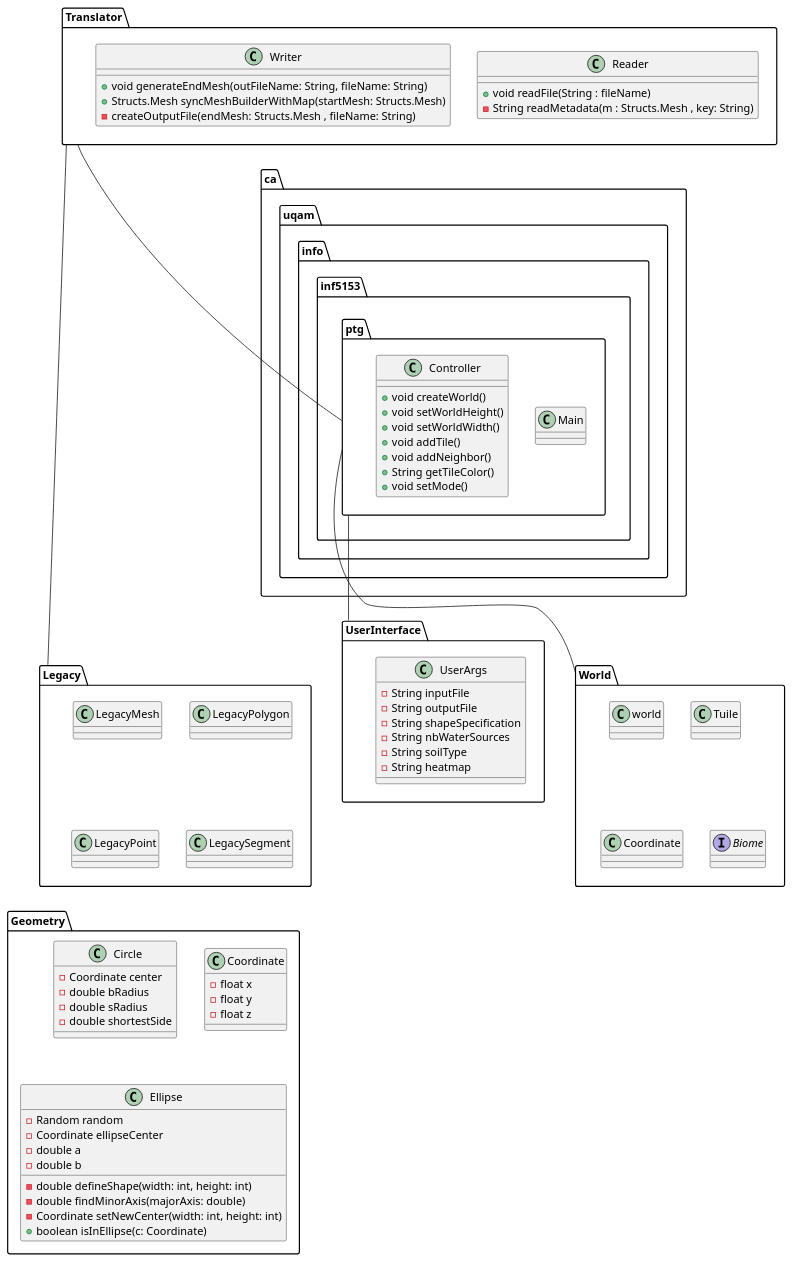
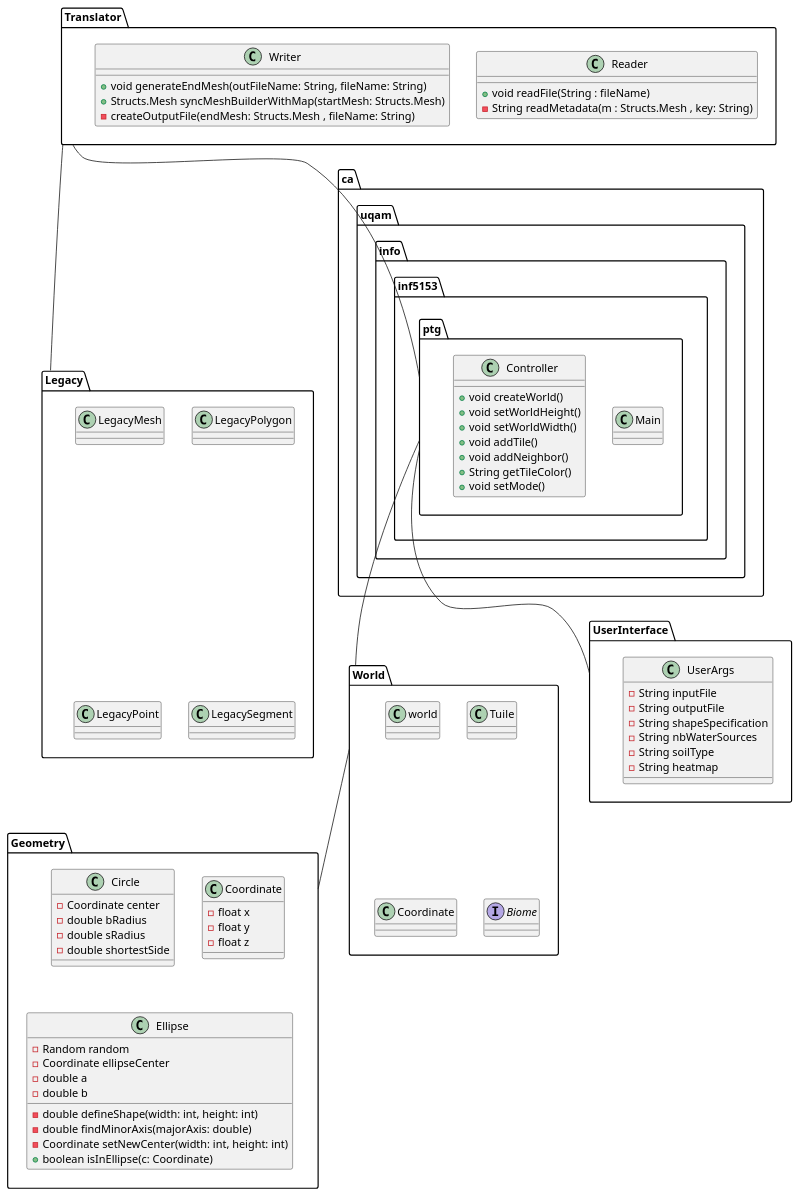
The diagram in diagrammeDeClasse_general.puml (cryptoswarm/terrain-generator), drawn with PlantUML before and after one commit. The commit also changed 2 other files, not shown here.

Commit message:
correct diagram

```diff
--- a/diagrammeDeClasse_general.puml
+++ b/diagrammeDeClasse_general.puml
@@ -1,84 +1,85 @@
 @startuml
 
 package UserInterface {
     class UserArgs {
         - String inputFile
         - String outputFile
         - String shapeSpecification
         - String nbWaterSources
         - String soilType
         - String heatmap
     }
 }
 
 Package Translator {
     class Reader {
         + void readFile(String : fileName)
         - String readMetadata(m : Structs.Mesh , key: String)
     }
     class Writer {
         + void generateEndMesh(outFileName: String, fileName: String)
         + Structs.Mesh syncMeshBuilderWithMap(startMesh: Structs.Mesh)
         - createOutputFile(endMesh: Structs.Mesh , fileName: String)
     }
 }
 
 Package Legacy {
     class LegacyMesh
     class LegacyPolygon
     class LegacyPoint
     class LegacySegment
 
 }
 
 Package ca.uqam.info.inf5153.ptg {
     class Main
     class Controller {
         + void createWorld()
         + void setWorldHeight()
         + void setWorldWidth()
         + void addTile()
         + void addNeighbor()
         + String getTileColor()
         + void setMode()
     }
 }
 
 Package World {
      class world
      class Tuile
      class Coordinate
      Interface Biome
 }
 
 Package Geometry {
     class Circle {
         - Coordinate center
         - double bRadius
         - double sRadius
         - double shortestSide
     }
     class Coordinate {
         - float x
         - float y
         - float z
     }
     class Ellipse {
         - Random random
         - Coordinate ellipseCenter
         - double a
         - double b
         - double defineShape(width: int, height: int)
         - double findMinorAxis(majorAxis: double)
         - Coordinate setNewCenter(width: int, height: int)
         + boolean isInEllipse(c: Coordinate)
     }
 }
 
 Translator -- Legacy
 Translator -- ca.uqam.info.inf5153.ptg
 ca.uqam.info.inf5153.ptg -- World
 ca.uqam.info.inf5153.ptg -- UserInterface
+World -- Geometry
 
 
 @enduml
```
